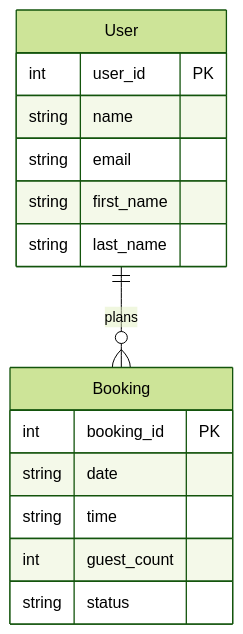
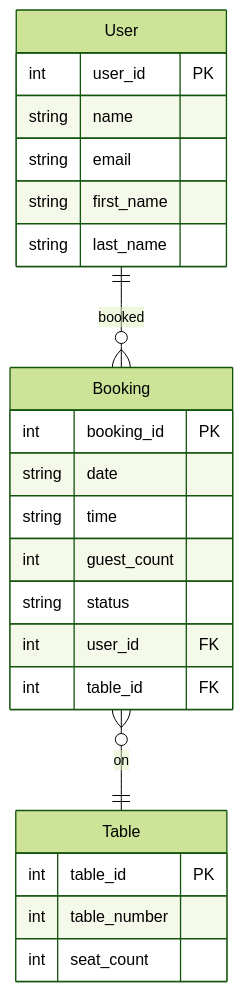
Before and after one commit to ctr-code/mermaid-erd: the diagram in README.md, drawn with Mermaid (forest theme). The commit also changed other lines of this file, not shown here.

Commit message:
Add Table

````diff
--- a/README.md
+++ b/README.md
@@ -37,18 +40,26 @@
 ``` mermaid
 erDiagram
-    User ||--o{ Booking : plans
+    User ||--o{ Booking : booked
     User {
         int user_id PK
         string name
         string email
         string first_name
         string last_name
     }
+    Booking }o--|| Table : on
     Booking {
         int booking_id PK
         string date
         string time
         int guest_count
         string status
+        int user_id FK
+        int table_id FK
+    }
+    Table {
+        int table_id PK
+        int table_number
+        int seat_count
     }
 ```
````
